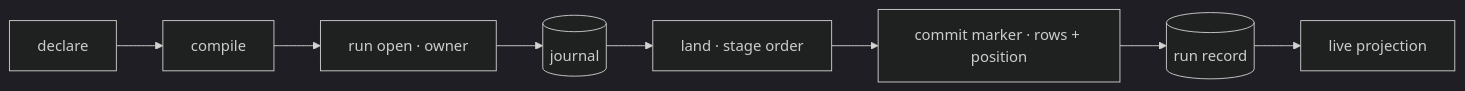
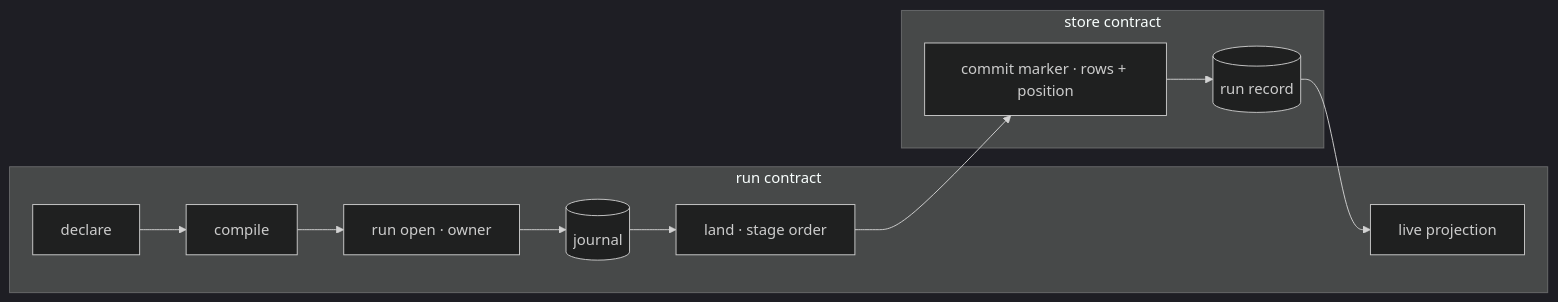
The diagram in spec/guide/run.md (fractalboxdev/contextful), drawn with Mermaid (dark theme) before and after one commit. The commit also changed 33 other files, not shown here.

Commit message:
spec: diagrams draw contracts, parties and trust zones as containers; a node standing for one is refused

````diff
--- a/spec/guide/run.md
+++ b/spec/guide/run.md
@@ -18,10 +18,17 @@
 ```mermaid
 flowchart LR
-  D["declare"] --> C["compile"]
-  C --> O["run open · owner"]
-  O --> J[("journal")]
-  J --> L["land · stage order"]
-  L --> M["commit marker · rows + position"]
-  M --> R[("run record")]
-  R --> P["live projection"]
+  subgraph RUNC["run contract"]
+    D["declare"] --> C["compile"]
+    C --> O["run open · owner"]
+    O --> J[("journal")]
+    J --> L["land · stage order"]
+    P["live projection"]
+  end
+  subgraph STORE["store contract"]
+    M["commit marker · rows + position"]
+    R[("run record")]
+  end
+  L --> M
+  M --> R
+  R --> P
 ```
````
